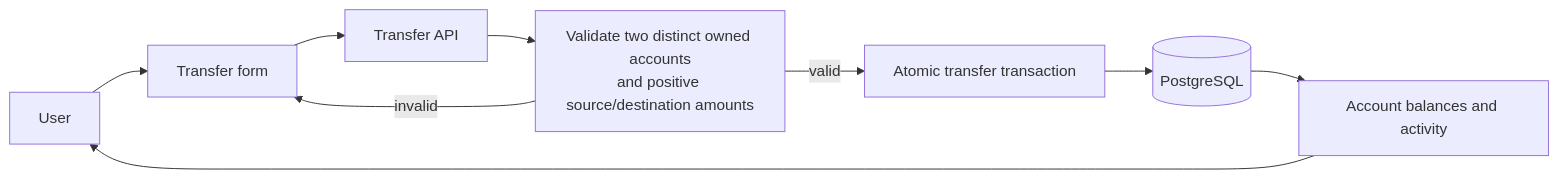
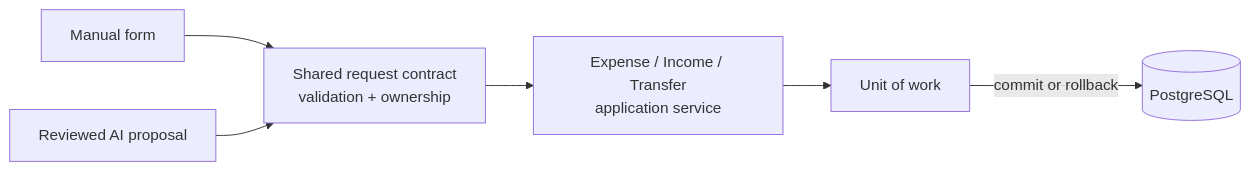
Before and after one commit to NullCorvus/finance-ai: the second of 3 diagrams in docs/ARCHITECTURE.md, drawn with Mermaid. The commit also changed other lines of this file and 90 other files, not shown here.

````diff
--- a/docs/ARCHITECTURE.md
+++ b/docs/ARCHITECTURE.md
@@ -195,19 +54,15 @@
 ```mermaid
 flowchart LR
-    User["User"]
-    Form["Transfer form"]
-    API["Transfer API"]
-    Rules["Validate two distinct owned accounts<br/>and positive source/destination amounts"]
-    Tx["Atomic transfer transaction"]
-    DB[("PostgreSQL")]
-    Activity["Account balances and activity"]
+    manual["Manual form"]
+    proposal["Reviewed AI proposal"]
+    validation["Shared request contract<br/>validation + ownership"]
+    service["Expense / Income / Transfer<br/>application service"]
+    uow["Unit of work"]
+    db[("PostgreSQL")]
 
-    User --> Form
-    Form --> API
-    API --> Rules
-    Rules -->|"valid"| Tx
-    Rules -->|"invalid"| Form
-    Tx --> DB
-    DB --> Activity
-    Activity --> User
+    manual --> validation
+    proposal --> validation
+    validation --> service
+    service --> uow
+    uow -->|"commit or rollback"| db
 ```
````
